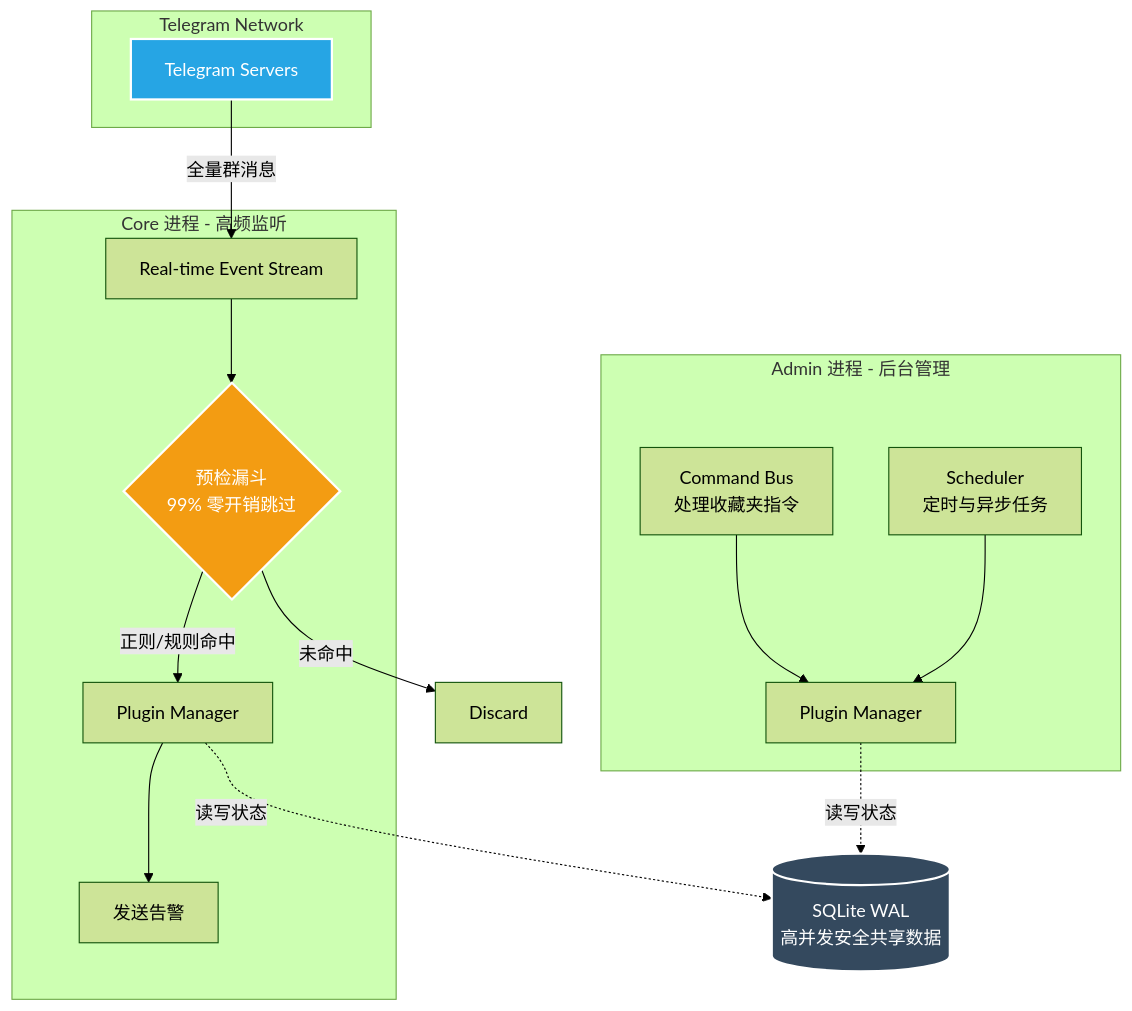
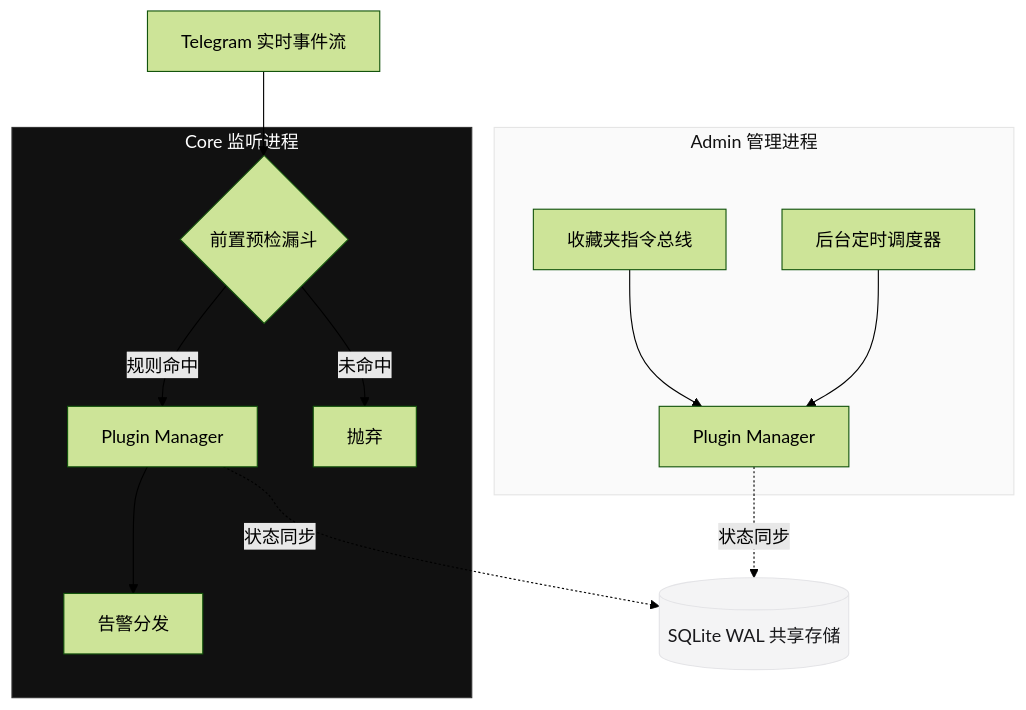
Before and after one commit to x72dev/TG-Radar: the diagram in README.md, drawn with Mermaid (forest theme). The commit also changed other lines of this file, not shown here.

````diff
--- a/README.md
+++ b/README.md
@@ -89,37 +69,27 @@
 ```mermaid
 graph TD
-  subgraph Telegram Network
-    TG[Telegram Servers]
+  %% 现代极简配色
+  classDef core fill:#111,stroke:#333,stroke-width:1px,color:#fff
+  classDef admin fill:#fafafa,stroke:#e5e5e5,stroke-width:1px,color:#111
+  classDef db fill:#f4f4f5,stroke:#e4e4e7,stroke-width:1px,color:#18181b
+
+  Stream[Telegram 实时事件流] --> Filter{前置预检漏斗}
+  
+  subgraph Core [Core 监听进程]
+    Filter -->|规则命中| PM_Core[Plugin Manager]
+    Filter -->|未命中| Drop[抛弃]
+    PM_Core --> Alert[告警分发]
   end
 
-  subgraph TG-Radar Core [Core 进程 - 高频监听]
-    Stream[Real-time Event Stream]
-    Filter{预检漏斗<br>99% 零开销跳过}
-    PM_Core[Plugin Manager]
-    Warn[发送告警]
+  subgraph Admin [Admin 管理进程]
+    Cmd[收藏夹指令总线] --> PM_Admin[Plugin Manager]
+    Job[后台定时调度器] --> PM_Admin
   end
 
-  subgraph TG-Radar Admin [Admin 进程 - 后台管理]
-    Cmd[Command Bus<br>处理收藏夹指令]
-    Job[Scheduler<br>定时与异步任务]
-    PM_Admin[Plugin Manager]
-  end
+  PM_Core -.->|状态同步| DB[(SQLite WAL 共享存储)]
+  PM_Admin -.->|状态同步| DB
 
-  DB[(SQLite WAL<br>高并发安全共享数据)]
-
-  TG -->|全量群消息| Stream
-  Stream --> Filter
-  Filter -->|正则/规则命中| PM_Core
-  Filter -->|未命中| Drop[Discard]
-  PM_Core --> Warn
-
-  Cmd --> PM_Admin
-  Job --> PM_Admin
-
-  PM_Core -.->|读写状态| DB
-  PM_Admin -.->|读写状态| DB
-
-  style TG fill:#26A5E4,stroke:#fff,stroke-width:2px,color:#fff
-  style Filter fill:#f39c12,stroke:#fff,stroke-width:2px,color:#fff
-  style DB fill:#34495e,stroke:#fff,stroke-width:2px,color:#fff
+  class Core core
+  class Admin admin
+  class DB db
 ```
````
